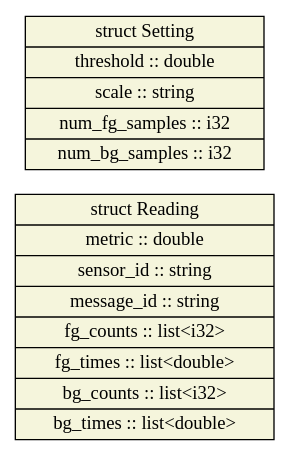
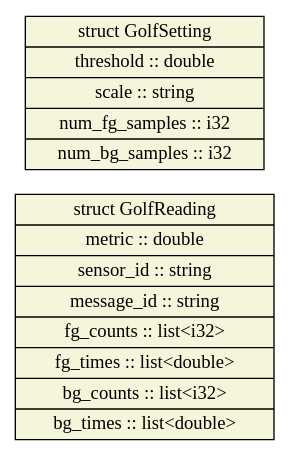
The diagram in docs/thrift/algorithm/golf_algorithm.gv (jkwong80/baa_messages), drawn with Graphviz before and after one commit. The commit also changed 38 other files, not shown here.

```diff
--- a/docs/thrift/algorithm/golf_algorithm.gv
+++ b/docs/thrift/algorithm/golf_algorithm.gv
@@ -1,9 +1,9 @@
 digraph "golf_algorithm" {
 node [style=filled, shape=record];
 edge [arrowsize=0.5];
 rankdir=LR
 node [fillcolor=beige];
-Reading [label="struct Reading|<field_metric>metric :: double|<field_sensor_id>sensor_id :: string|<field_message_id>message_id :: string|<field_fg_counts>fg_counts :: list\<i32\>|<field_fg_times>fg_times :: list\<double\>|<field_bg_counts>bg_counts :: list\<i32\>|<field_bg_times>bg_times :: list\<double\>"];
+GolfReading [label="struct GolfReading|<field_metric>metric :: double|<field_sensor_id>sensor_id :: string|<field_message_id>message_id :: string|<field_fg_counts>fg_counts :: list\<i32\>|<field_fg_times>fg_times :: list\<double\>|<field_bg_counts>bg_counts :: list\<i32\>|<field_bg_times>bg_times :: list\<double\>"];
 node [fillcolor=beige];
-Setting [label="struct Setting|<field_threshold>threshold :: double|<field_scale>scale :: string|<field_num_fg_samples>num_fg_samples :: i32|<field_num_bg_samples>num_bg_samples :: i32"];
+GolfSetting [label="struct GolfSetting|<field_threshold>threshold :: double|<field_scale>scale :: string|<field_num_fg_samples>num_fg_samples :: i32|<field_num_bg_samples>num_bg_samples :: i32"];
 }
```
